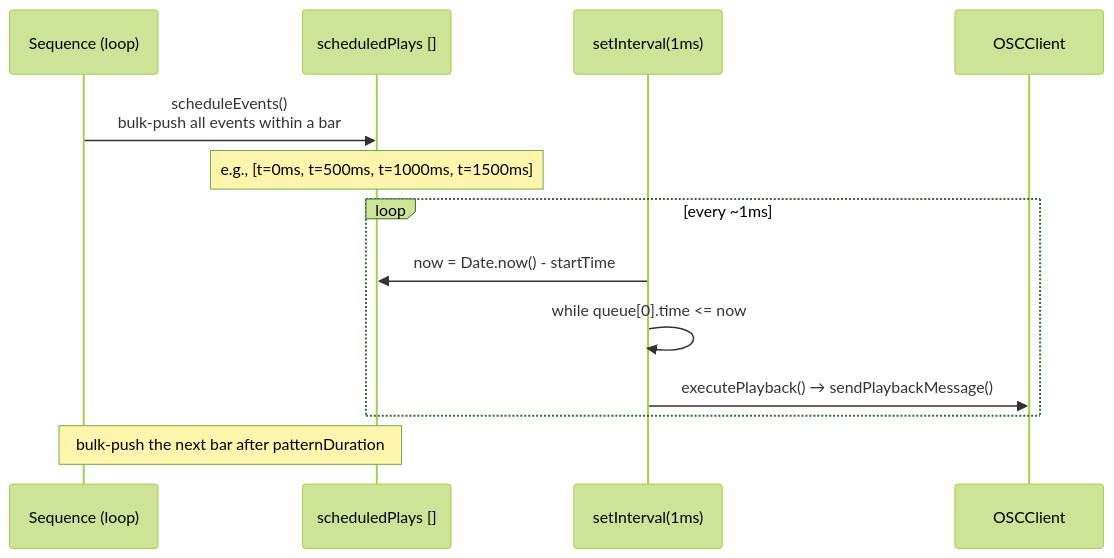
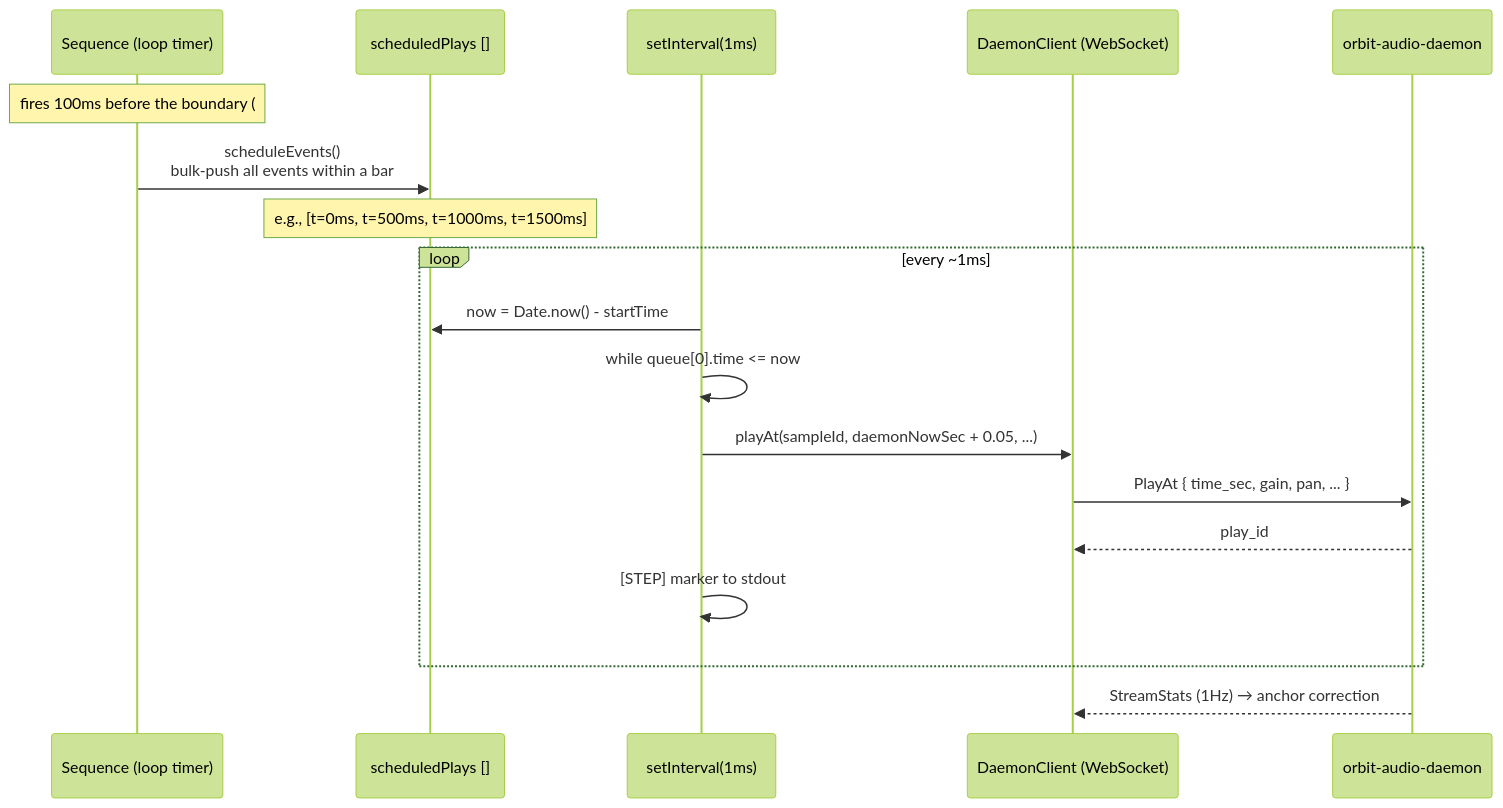
Before and after one commit to signalcompose/orbitscore: the second of 4 diagrams in sites/dev/en/scheduling/event-queue.md, drawn with Mermaid (forest theme). The commit also changed other lines of this file and 8 other files, not shown here.

````diff
--- a/sites/dev/en/scheduling/event-queue.md
+++ b/sites/dev/en/scheduling/event-queue.md
@@ -146,18 +305,23 @@
 ```mermaid
 sequenceDiagram
-  participant SEQ as Sequence (loop)
+  participant SEQ as Sequence (loop timer)
   participant QUEUE as scheduledPlays []
   participant POLL as setInterval(1ms)
-  participant OSC as OSCClient
+  participant DC as DaemonClient (WebSocket)
+  participant D as orbit-audio-daemon
 
+  Note over SEQ: fires 100ms before the boundary (#389)
   SEQ->>QUEUE: scheduleEvents()<br/>bulk-push all events within a bar
   Note over QUEUE: e.g., [t=0ms, t=500ms, t=1000ms, t=1500ms]
 
   loop every ~1ms
     POLL->>QUEUE: now = Date.now() - startTime
     POLL->>POLL: while queue[0].time <= now
-    POLL->>OSC: executePlayback() → sendPlaybackMessage()
+    POLL->>DC: playAt(sampleId, daemonNowSec + 0.05, ...)
+    DC->>D: PlayAt { time_sec, gain, pan, ... }
+    D-->>DC: play_id
+    POLL->>POLL: [STEP] marker to stdout
   end
 
-  Note over SEQ,QUEUE: bulk-push the next bar after patternDuration
+  D-->>DC: StreamStats (1Hz) → anchor correction
 ```
````
